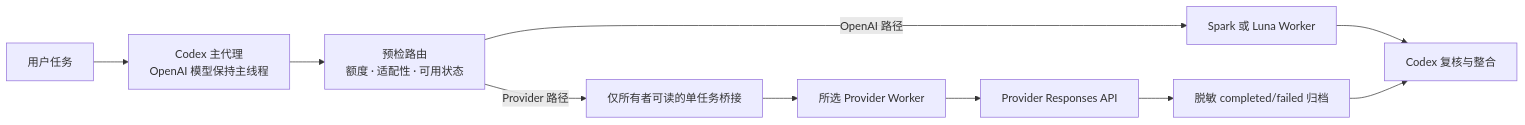
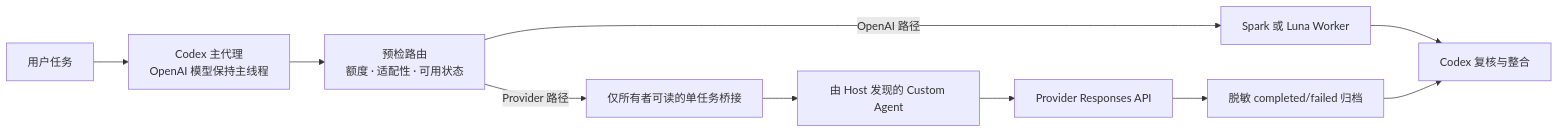
One commit to dhy365-creator/codex-third-party-workers changed the diagram in README.zh-CN.md. Above: the diagram before and after it, drawn with Mermaid. The commit also changed other lines of this file and 53 other files, not shown here.

Commit message:
feat: migrate to Custom Subagents architecture

````diff
--- a/README.zh-CN.md
+++ b/README.zh-CN.md
@@ -125,12 +131,12 @@
 ```mermaid
 flowchart LR
     U["用户任务"] --> C["Codex 主代理\nOpenAI 模型保持主线程"]
     C --> P["预检路由\n额度 · 适配性 · 可用状态"]
     P -->|"OpenAI 路径"| O["Spark 或 Luna Worker"]
     P -->|"Provider 路径"| B["仅所有者可读的单任务桥接"]
-    B --> W["所选 Provider Worker"]
+    B --> W["由 Host 发现的 Custom Agent"]
     W --> R["Provider Responses API"]
     R --> A["脱敏 completed/failed 归档"]
     O --> S["Codex 复核与整合"]
     A --> S
 ```
````
